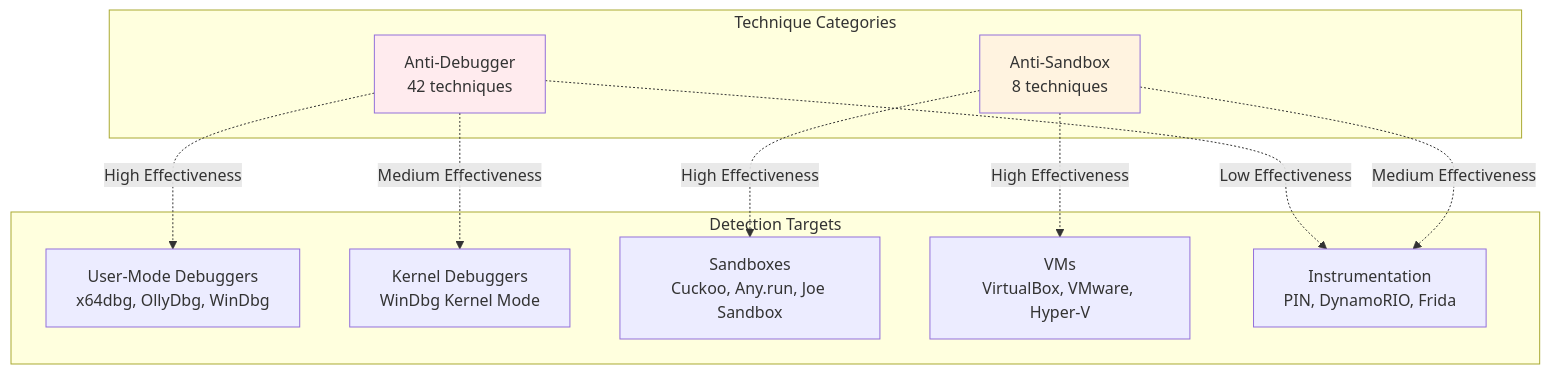
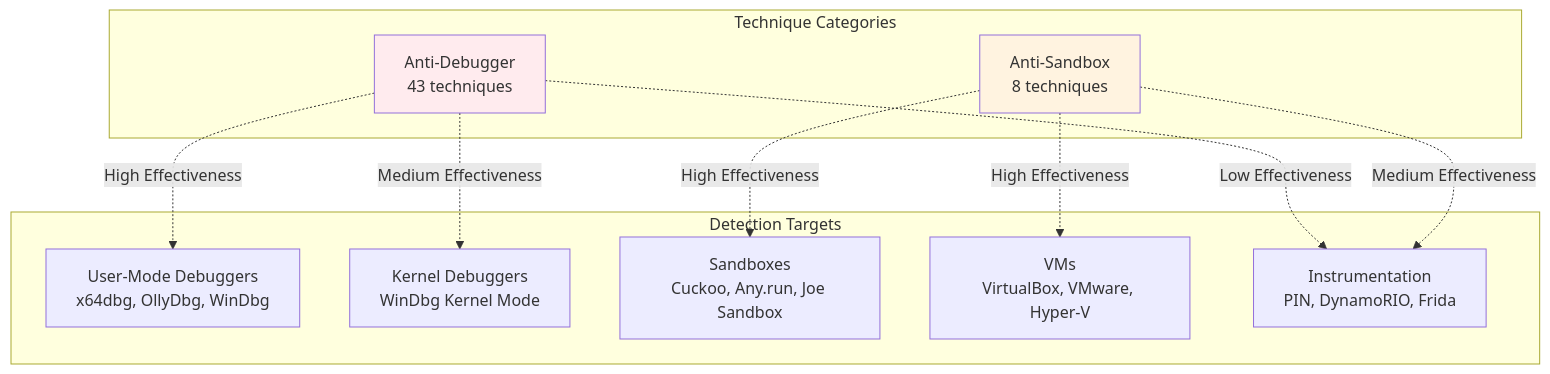
One commit to mabj/anti changed the seventh of 8 diagrams in docs/diagrams/taxonomy.md. Above: the diagram before and after it, drawn with Mermaid. The commit also changed other lines of this file and 8 other files, not shown here.

````diff
--- a/docs/diagrams/taxonomy.md
+++ b/docs/diagrams/taxonomy.md
@@ -214,26 +216,26 @@
 ```mermaid
 graph TB
     subgraph Detection Targets
         T1[User-Mode Debuggers<br/>x64dbg, OllyDbg, WinDbg]
         T2[Kernel Debuggers<br/>WinDbg Kernel Mode]
         T3[Sandboxes<br/>Cuckoo, Any.run, Joe Sandbox]
         T4[VMs<br/>VirtualBox, VMware, Hyper-V]
         T5[Instrumentation<br/>PIN, DynamoRIO, Frida]
     end
 
     subgraph Technique Categories
-        C1[Anti-Debugger<br/>42 techniques]
+        C1[Anti-Debugger<br/>43 techniques]
         C2[Anti-Sandbox<br/>8 techniques]
     end
 
     C1 -.High Effectiveness.-> T1
     C1 -.Medium Effectiveness.-> T2
     C1 -.Low Effectiveness.-> T5
 
     C2 -.High Effectiveness.-> T3
     C2 -.High Effectiveness.-> T4
     C2 -.Medium Effectiveness.-> T5
 
     style C1 fill:#ffebee
     style C2 fill:#fff3e0
 ```
````
